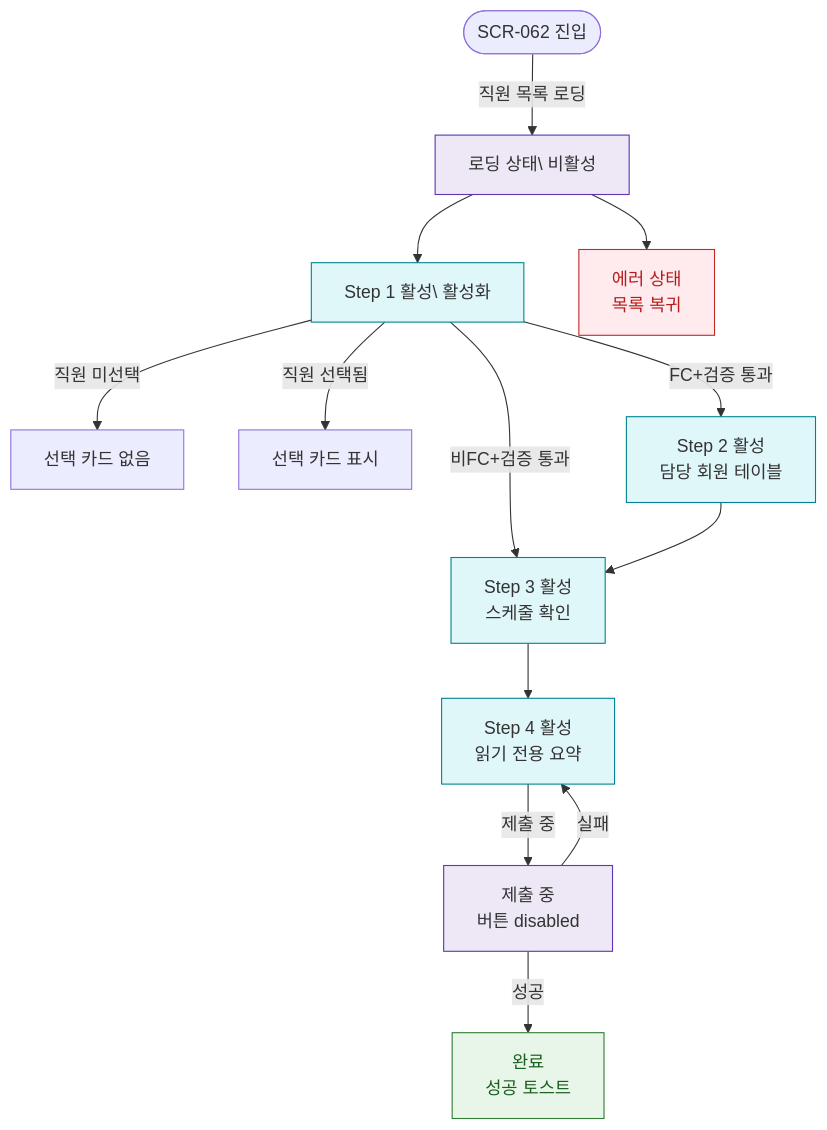
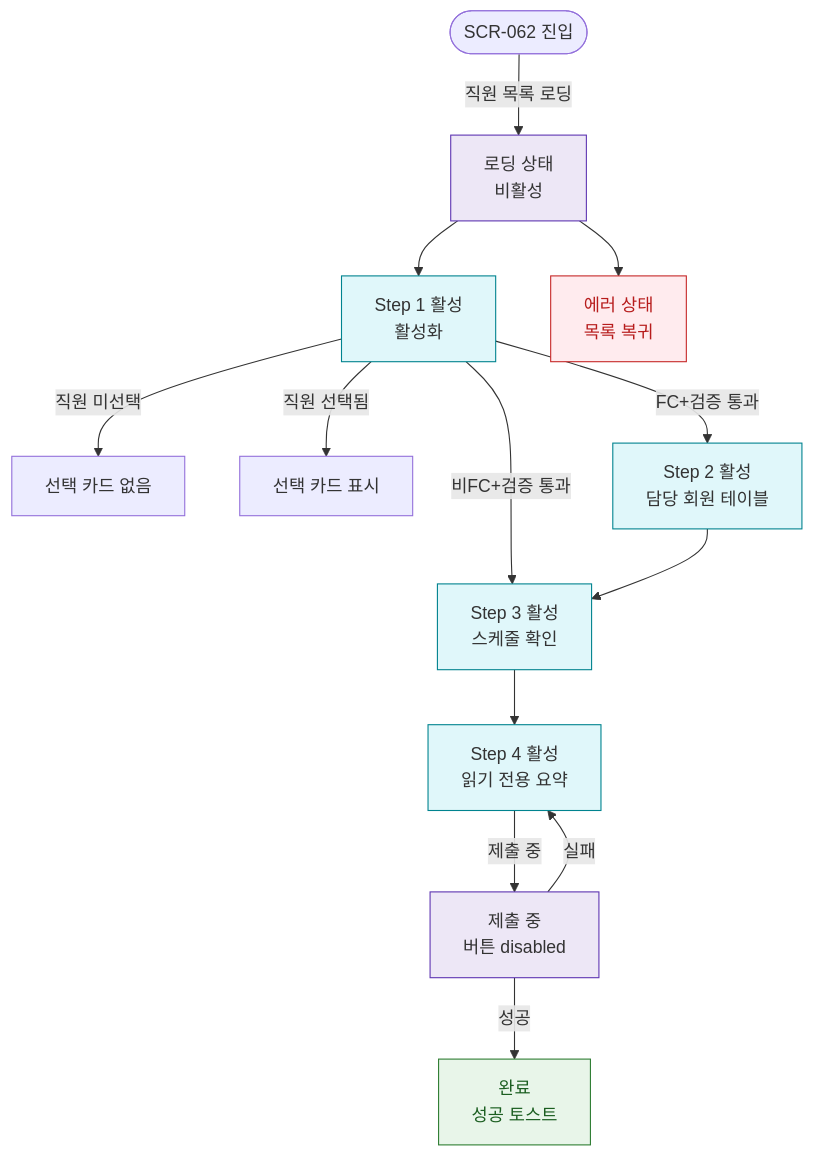
The diagram in docs/admin/다이어그램/D07_직원관리/SCR-062_직원퇴사처리/F6_상태별화면.md (dev-spogym/admin-pando), drawn with Mermaid before and after one commit. The commit also changed 369 other files, not shown here.

````diff
--- a/docs/admin/다이어그램/D07_직원관리/SCR-062_직원퇴사처리/F6_상태별화면.md
+++ b/docs/admin/다이어그램/D07_직원관리/SCR-062_직원퇴사처리/F6_상태별화면.md
@@ -16,32 +16,32 @@
 ```mermaid
 flowchart TD
   ENTER([SCR-062 진입])
 
-  ENTER -->|직원 목록 로딩|STATE_LOADING[로딩 상태\ 비활성]
-  STATE_LOADING --> STATE_STEP1[Step 1 활성\ 활성화]
+  ENTER -->|직원 목록 로딩|STATE_LOADING[로딩 상태<br/> 비활성]
+  STATE_LOADING --> STATE_STEP1[Step 1 활성<br/> 활성화]
   STATE_LOADING --> STATE_ERR[에러 상태\n목록 복귀]
 
   STATE_STEP1 -->|직원 미선택|STATE_NO_CARD[선택 카드 없음]
   STATE_STEP1 -->|직원 선택됨|STATE_CARD[선택 카드 표시]
 
   STATE_STEP1 -->|FC+검증 통과|STATE_STEP2[Step 2 활성\n담당 회원 테이블]
   STATE_STEP1 -->|비FC+검증 통과|STATE_STEP3[Step 3 활성\n스케줄 확인]
 
   STATE_STEP2 --> STATE_STEP3
   STATE_STEP3 --> STATE_STEP4[Step 4 활성\n읽기 전용 요약]
 
   STATE_STEP4 -->|제출 중|STATE_SUBMITTING[제출 중\n버튼 disabled]
   STATE_SUBMITTING -->|성공|STATE_DONE[완료\n성공 토스트]
   STATE_SUBMITTING -->|실패|STATE_STEP4
 
   classDef screen fill:#E3F2FD,stroke:#1976D2,color:#0D47A1
   classDef system fill:#EDE7F6,stroke:#5E35B2
   classDef error fill:#FFEBEE,stroke:#C62828,color:#B71C1C
   classDef success fill:#E8F5E9,stroke:#2E7D32,color:#1B5E20
   classDef info fill:#E0F7FA,stroke:#00838F
 
   class STATE_DONE success
   class STATE_LOADING,STATE_SUBMITTING system
   class STATE_ERR error
   class STATE_STEP1,STATE_STEP2,STATE_STEP3,STATE_STEP4 info
 ```
````
